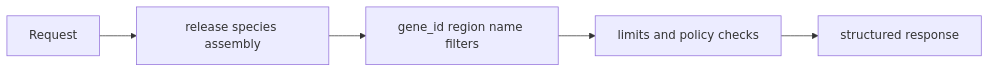
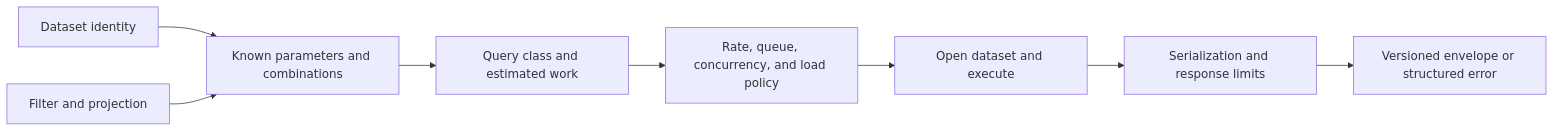
The diagram in docs/bijux-atlas/workflows/query-workflows.md (bijux/bijux-atlas), drawn with Mermaid before and after one commit. The commit also changed other lines of this file and 2 other files, not shown here.

Commit message:
docs(workflows): separate local readiness from query evidence

````diff
--- a/docs/bijux-atlas/workflows/query-workflows.md
+++ b/docs/bijux-atlas/workflows/query-workflows.md
@@ -17,7 +42,10 @@
 ```mermaid
 flowchart LR
-    Request[Request] --> Dataset[release species assembly]
-    Dataset --> Selector[gene_id region name filters]
-    Selector --> Policy[limits and policy checks]
-    Policy --> Response[structured response]
+    Identity[Dataset identity] --> Parse[Known parameters and combinations]
+    Selector[Filter and projection] --> Parse
+    Parse --> Classify[Query class and estimated work]
+    Classify --> Admit[Rate, queue, concurrency, and load policy]
+    Admit --> Resolve[Open dataset and execute]
+    Resolve --> Budget[Serialization and response limits]
+    Budget --> Response[Versioned envelope or structured error]
 ```
````
